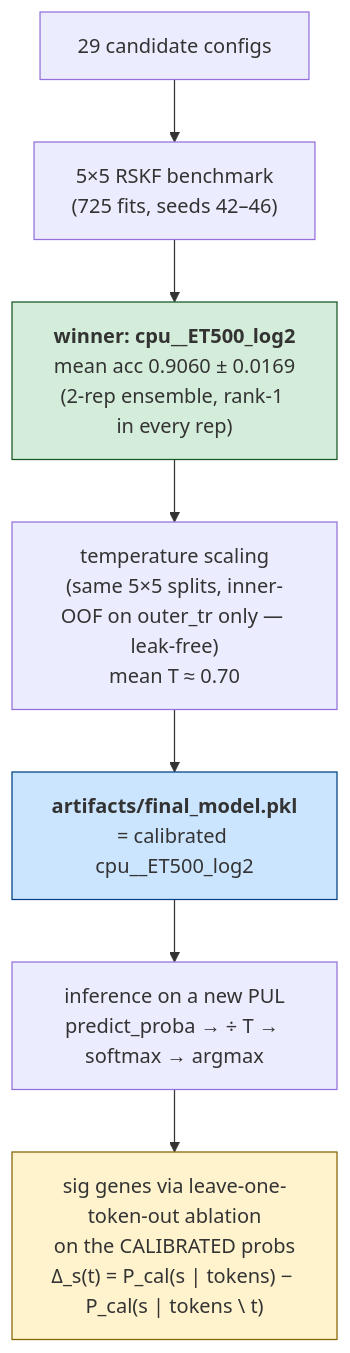
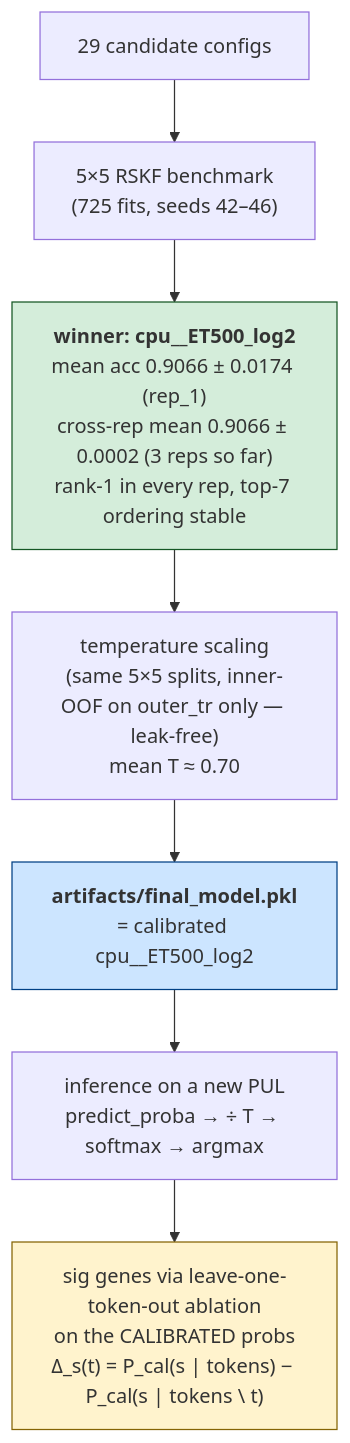
The diagram in README.md (vedpiyush93-stack/subFinder_May_Release), drawn with Mermaid before and after one commit. The commit also changed other lines of this file and 2 other files, not shown here.

First line of the commit message:
Docs + cross-rep summary: refresh with 3 reps complete

````diff
--- a/README.md
+++ b/README.md
@@ -31,12 +31,12 @@
 ```mermaid
 flowchart TD
     A[29 candidate configs] --> B["5×5 RSKF benchmark<br/>(725 fits, seeds 42–46)"]
-    B --> C["<b>winner: cpu__ET500_log2</b><br/>mean acc 0.9060 ± 0.0169<br/>(2-rep ensemble, rank-1 in every rep)"]
+    B --> C["<b>winner: cpu__ET500_log2</b><br/>mean acc 0.9066 ± 0.0174 (rep_1)<br/>cross-rep mean 0.9066 ± 0.0002 (3 reps so far)<br/>rank-1 in every rep, top-7 ordering stable"]
     C --> D["temperature scaling<br/>(same 5×5 splits, inner-OOF on outer_tr only — leak-free)<br/>mean T ≈ 0.70"]
     D --> E["<b>artifacts/final_model.pkl</b><br/>= calibrated cpu__ET500_log2"]
     E --> F["inference on a new PUL<br/>predict_proba → ÷ T → softmax → argmax"]
     F --> G["sig genes via leave-one-token-out ablation<br/>on the CALIBRATED probs<br/>Δ_s(t) = P_cal(s | tokens) − P_cal(s | tokens \ t)"]
     style C fill:#d4edda,stroke:#155724
     style E fill:#cce5ff,stroke:#004085
     style G fill:#fff3cd,stroke:#856404
 ```
````
